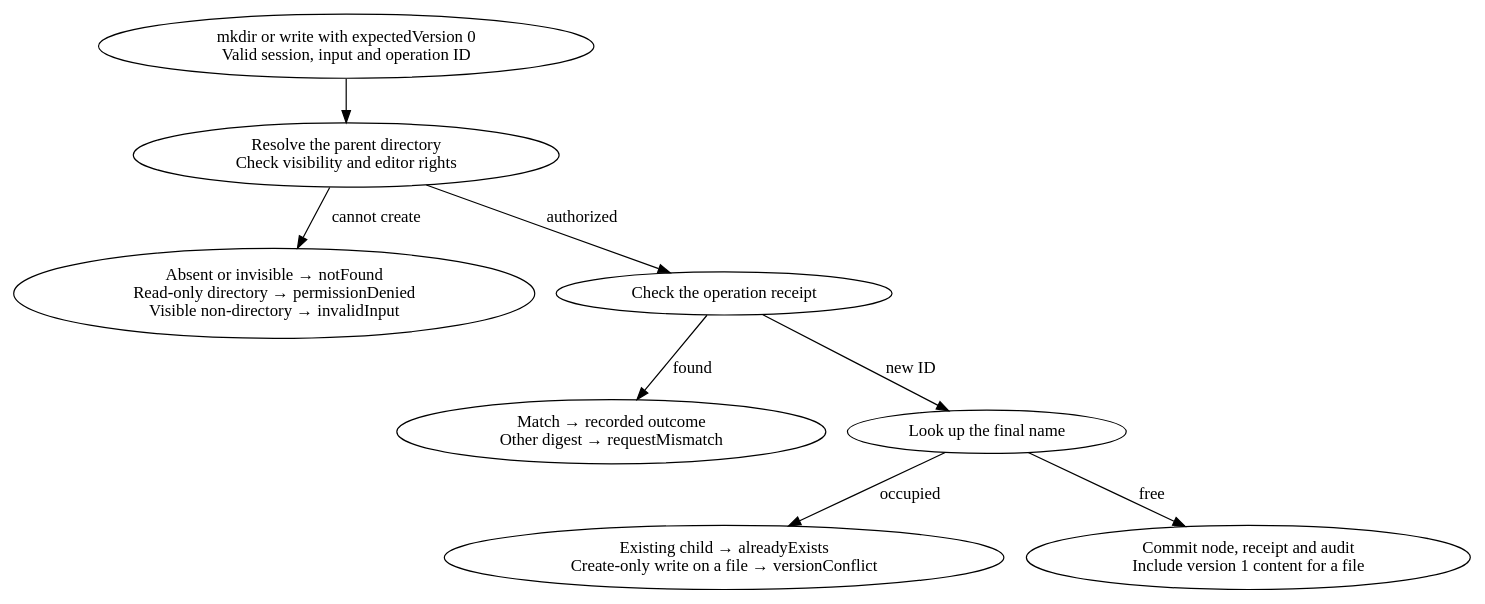
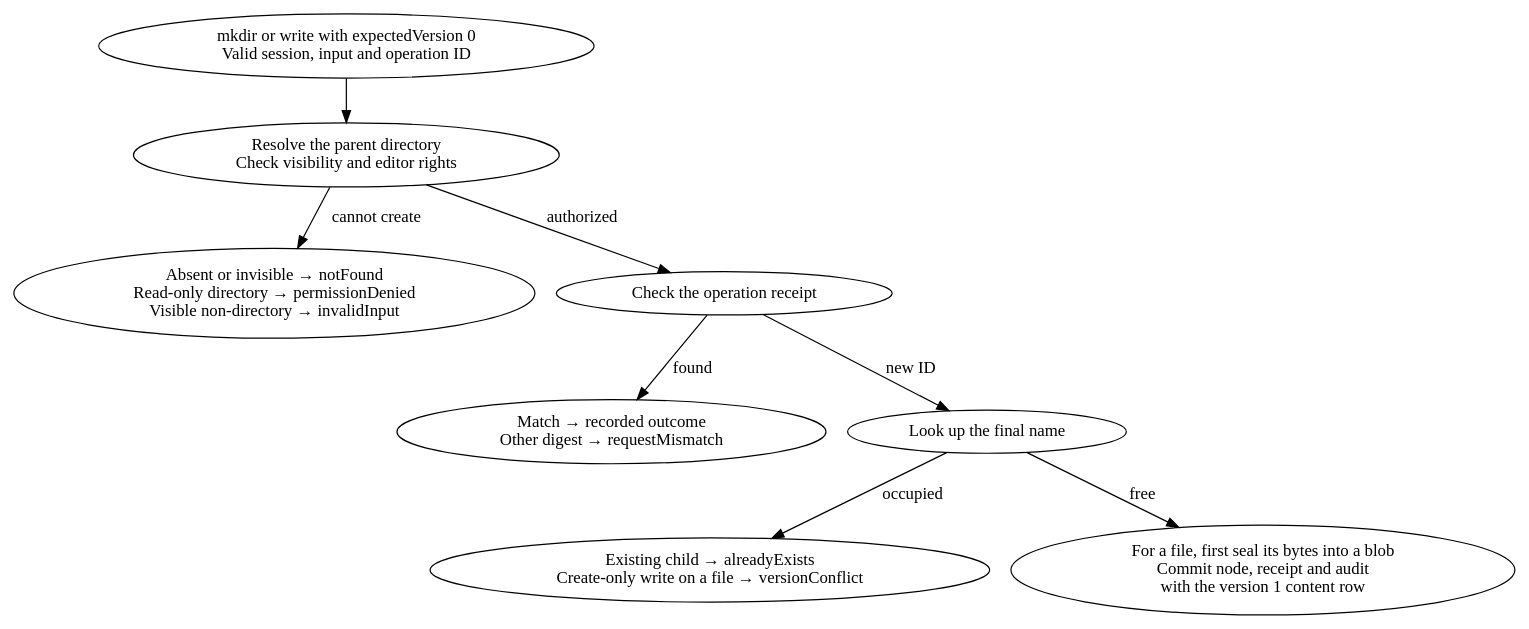
The diagram in docs/img/src/zanzibar-create.dot (jeamy/phi-space), drawn with Graphviz before and after one commit. The commit also changed 5 other files, not shown here.

```diff
--- a/docs/img/src/zanzibar-create.dot
+++ b/docs/img/src/zanzibar-create.dot
@@ -1,14 +1,14 @@
 digraph "Creating a child in a workspace" {
 #include
   request [label="mkdir or write with expectedVersion 0\nValid session, input and operation ID"];
   parent [label="Resolve the parent directory\nCheck visibility and editor rights"];
   reject [label="Absent or invisible → notFound\nRead-only directory → permissionDenied\nVisible non-directory → invalidInput",fillcolor="#f8e9e5"];
   receipt [label="Check the operation receipt"];
   replay [label="Match → recorded outcome\nOther digest → requestMismatch"];
   name [label="Look up the final name"];
   collision [label="Existing child → alreadyExists\nCreate-only write on a file → versionConflict",fillcolor="#fcf2d9"];
-  create [label="Commit node, receipt and audit\nInclude version 1 content for a file",fillcolor="#d8eeea"];
+  create [label="For a file, first seal its bytes into a blob\nCommit node, receipt and audit\nwith the version 1 content row",fillcolor="#d8eeea"];
   request -> parent; parent -> reject [label="cannot create"]; parent -> receipt [label="authorized"];
   receipt -> replay [label="found"]; receipt -> name [label="new ID"];
   name -> collision [label="occupied"]; name -> create [label="free"];
 }
```
